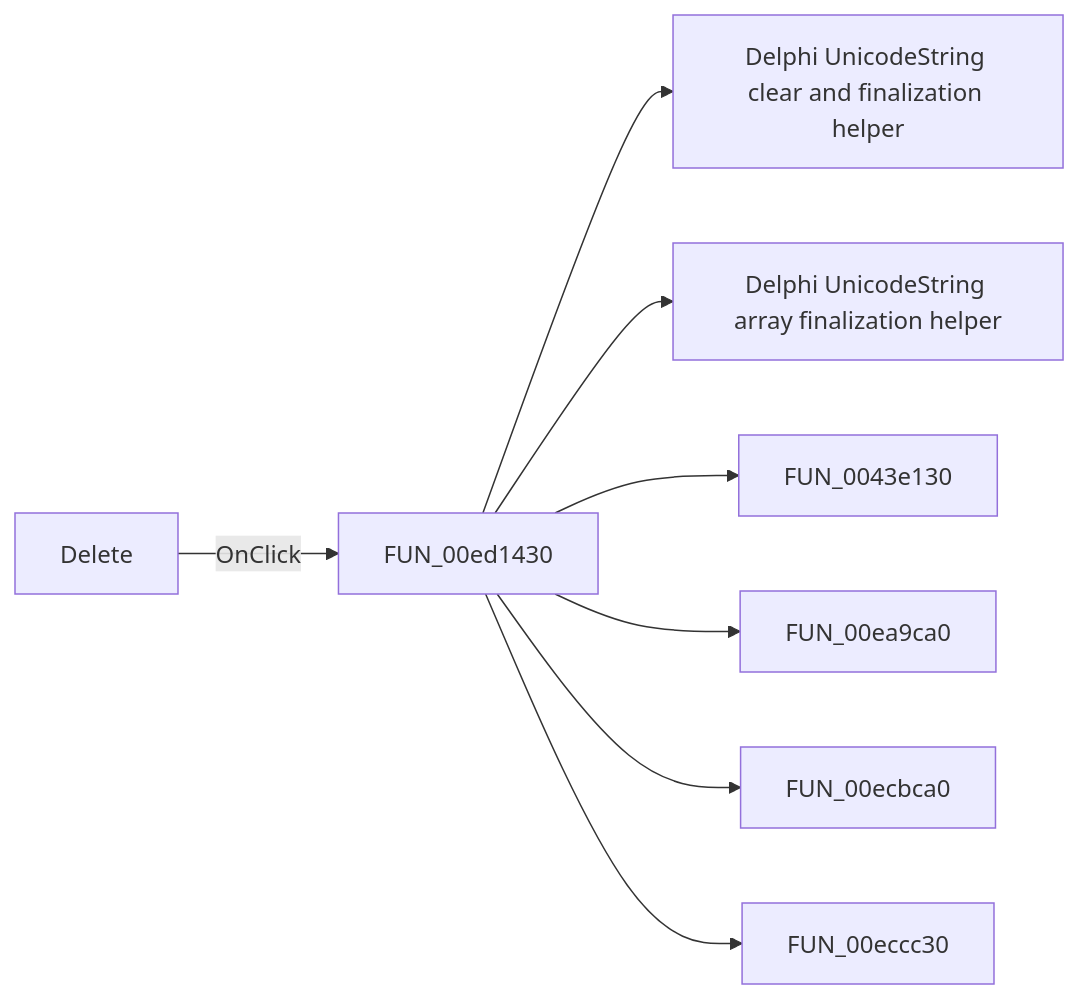
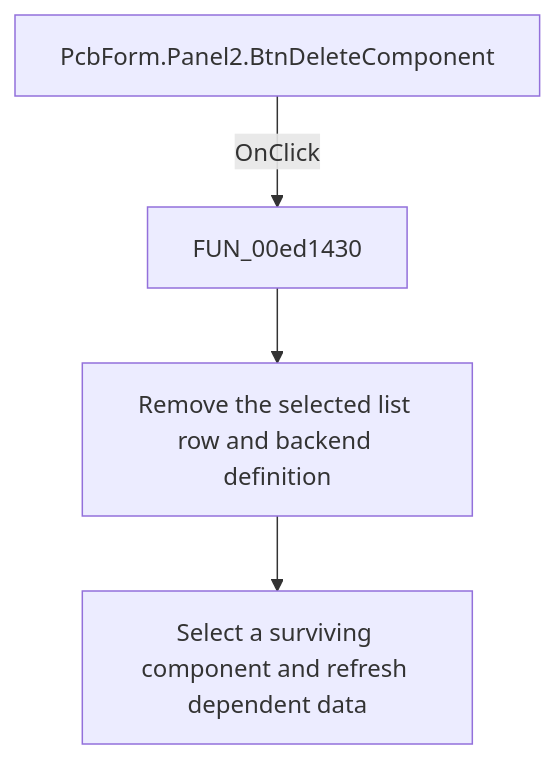
Before and after one commit to MovGP0/TIARA: the diagram in docs/ui-controls/pcbform/btndeletecomponent-a743289dcc.md, drawn with Mermaid. The commit also changed other lines of this file and 1062 other files, not shown here.

````diff
--- a/docs/ui-controls/pcbform/btndeletecomponent-a743289dcc.md
+++ b/docs/ui-controls/pcbform/btndeletecomponent-a743289dcc.md
@@ -27,10 +29,6 @@
 ```mermaid
-flowchart LR
-    control["Delete"] -->|OnClick| handler["FUN_00ed1430"]
-    handler --> call1["Delphi UnicodeString clear and finalization helper"]
-    handler --> call2["Delphi UnicodeString array finalization helper"]
-    handler --> call3["FUN_0043e130"]
-    handler --> call4["FUN_00ea9ca0"]
-    handler --> call5["FUN_00ecbca0"]
-    handler --> call6["FUN_00eccc30"]
+flowchart TD
+    control["PcbForm.Panel2.BtnDeleteComponent"] -->|OnClick| handler["FUN_00ed1430"]
+    handler --> action["Remove the selected list row and backend definition"]
+    action --> outcome["Select a surviving component and refresh dependent data"]
 ```
````
